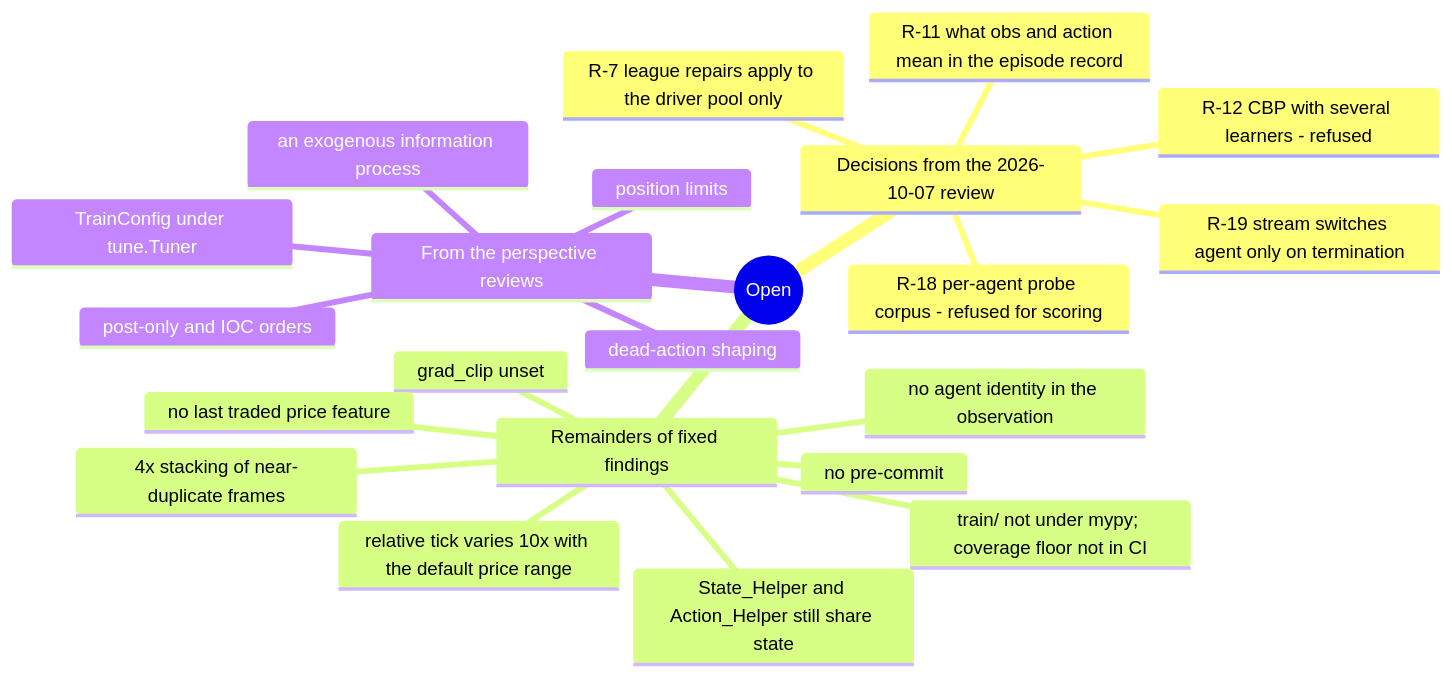
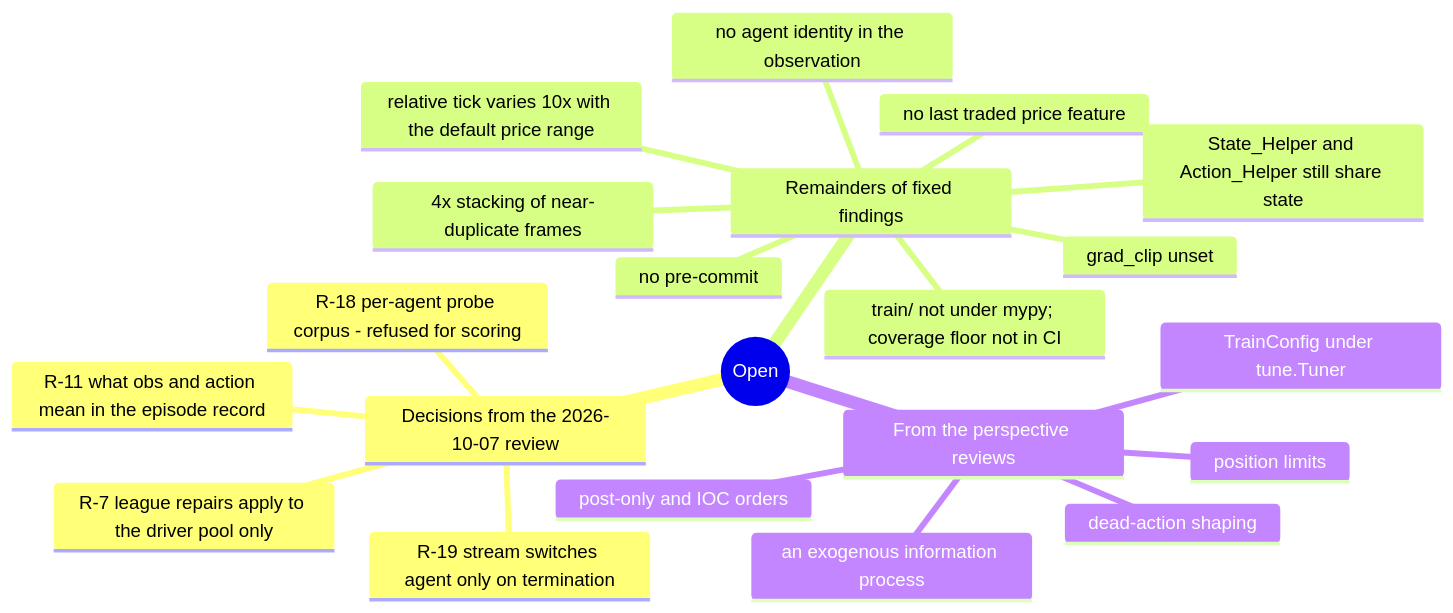
One commit to ChuaCheowHuan/gym-continuousDoubleAuction changed the diagram in docs/15_findings_and_recommendations.md. Above: the diagram before and after it, drawn with Mermaid. The commit also changed other lines of this file and 17 other files, not shown here.

````diff
--- a/docs/15_findings_and_recommendations.md
+++ b/docs/15_findings_and_recommendations.md
@@ -31,25 +31,24 @@
 ```mermaid
 mindmap
   root((Open))
     Decisions from the 2026-10-07 review
       R-7 league repairs apply to the driver pool only
       R-11 what obs and action mean in the episode record
-      R-12 CBP with several learners - refused
       R-18 per-agent probe corpus - refused for scoring
       R-19 stream switches agent only on termination
     Remainders of fixed findings
       grad_clip unset
       no agent identity in the observation
       no last traded price feature
       train/ not under mypy; coverage floor not in CI
       State_Helper and Action_Helper still share state
       4x stacking of near-duplicate frames
       relative tick varies 10x with the default price range
       no pre-commit
     From the perspective reviews
       dead-action shaping
       position limits
       post-only and IOC orders
       an exogenous information process
       TrainConfig under tune.Tuner
 ```
````
